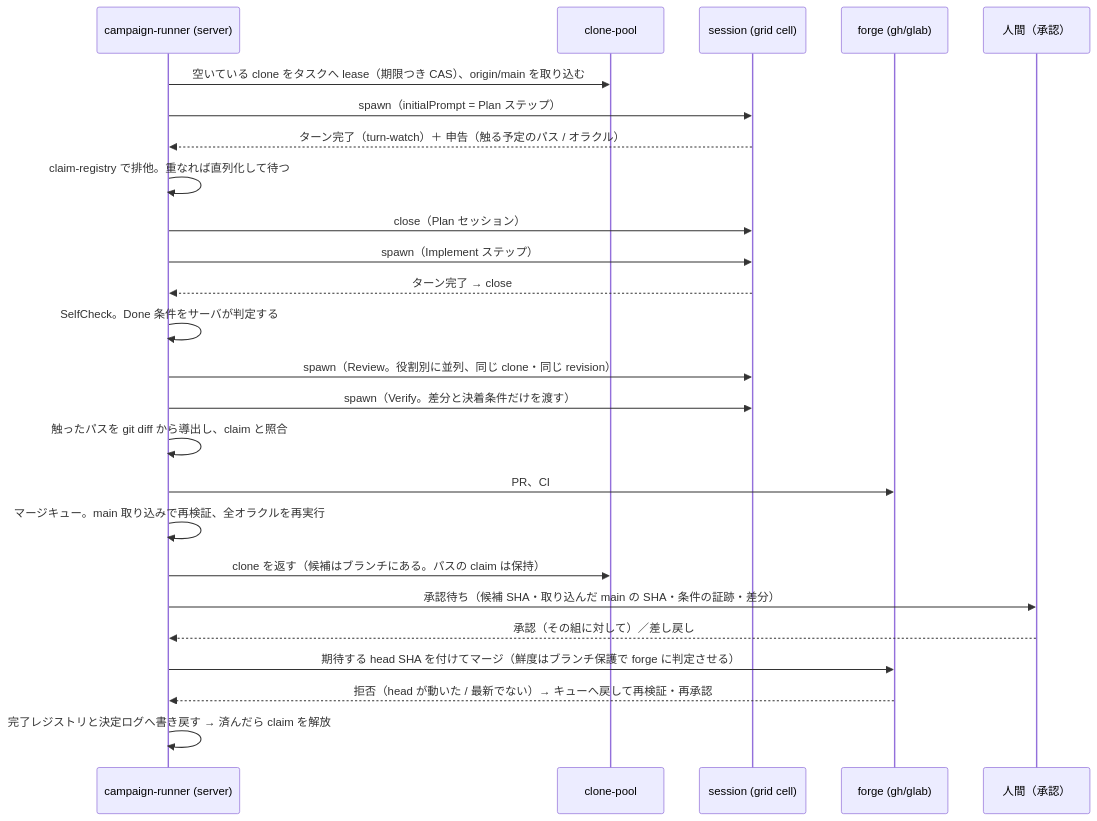
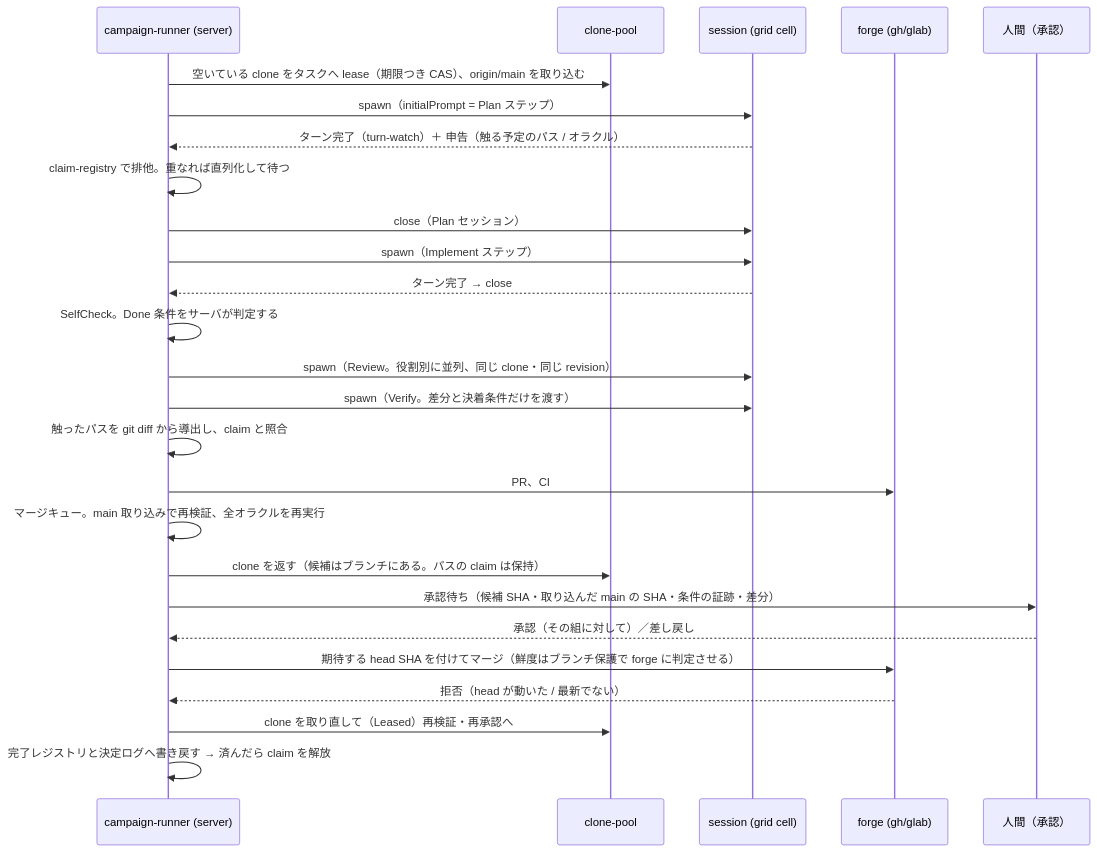
Before and after one commit to highfar-projects/mulmoterminal: the diagram in future/grid-campaign-mode.md, drawn with Mermaid. The commit also changed other lines of this file and 1 other file, not shown here.

Commit message:
fix: address Codex review iter-32 — forge 拒否の復帰が Leased を通っていなかった
期待 head SHA / 最新でないで forge に拒否された経路が「キューへ戻す」と
書かれていたが、承認待ちで clone は返している。再検証する作業場所が
そのままでは無く、取得点を1つに保つ不変条件も破っていた。

- 汎用側の拒否時の記述を「Leased を通って clone を取り直してから MergeQueue へ」に
- 状態機械の AwaitingApproval --> Leased のラベルに「forge が拒否」を追加
- grid の sequence と散文も同様に

作業へ戻るすべての経路（差し戻し / 承認無効 / forge 拒否 / 孤児からの復帰）が
Leased を名指ししていることを、両ファイルで確認した。

refs #1815

Claude-Session: https://claude.ai/code/session_01FQQE6E47PJduinaJdi5yG8

````diff
--- a/future/grid-campaign-mode.md
+++ b/future/grid-campaign-mode.md
@@ -315,27 +315,28 @@
 ```mermaid
 sequenceDiagram
     participant O as campaign-runner (server)
     participant C as clone-pool
     participant S as session (grid cell)
     participant G as forge (gh/glab)
     participant H as 人間（承認）
     O->>C: 空いている clone をタスクへ lease（期限つき CAS）、origin/main を取り込む
     O->>S: spawn（initialPrompt = Plan ステップ）
     S-->>O: ターン完了（turn-watch）＋ 申告（触る予定のパス / オラクル）
     O->>O: claim-registry で排他。重なれば直列化して待つ
     O->>S: close（Plan セッション）
     O->>S: spawn（Implement ステップ）
     S-->>O: ターン完了 → close
     O->>O: SelfCheck。Done 条件をサーバが判定する
     O->>S: spawn（Review。役割別に並列、同じ clone・同じ revision）
     O->>S: spawn（Verify。差分と決着条件だけを渡す）
     O->>O: 触ったパスを git diff から導出し、claim と照合
     O->>G: PR、CI
     O->>O: マージキュー。main 取り込みで再検証、全オラクルを再実行
     O->>C: clone を返す（候補はブランチにある。パスの claim は保持）
     O->>H: 承認待ち（候補 SHA・取り込んだ main の SHA・条件の証跡・差分）
     H-->>O: 承認（その組に対して）／差し戻し
     O->>G: 期待する head SHA を付けてマージ（鮮度はブランチ保護で forge に判定させる）
-    G-->>O: 拒否（head が動いた / 最新でない）→ キューへ戻して再検証・再承認
+    G-->>O: 拒否（head が動いた / 最新でない）
+    O->>C: clone を取り直して（Leased）再検証・再承認へ
     O->>O: 完了レジストリと決定ログへ書き戻す → 済んだら claim を解放
 ```
````
